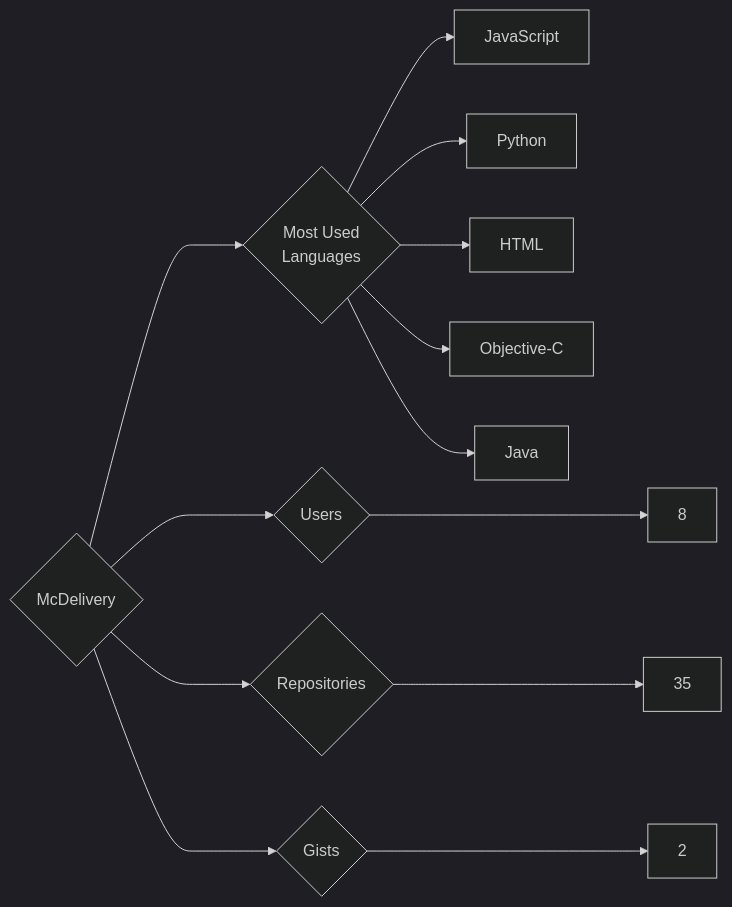
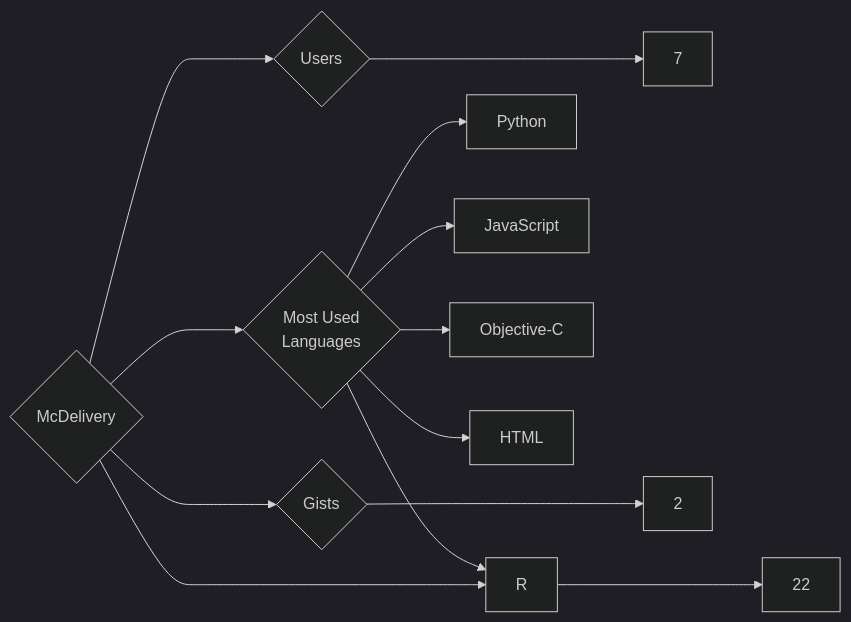
Before and after one commit to trickest/insiders: the diagram in targets/McDelivery/README.md, drawn with Mermaid (dark theme). The commit also changed 1508 other files, not shown here.

````diff
--- a/targets/McDelivery/README.md
+++ b/targets/McDelivery/README.md
@@ -3,13 +3,13 @@
 ```mermaid
 graph LR
 COMPANY_NAME{McDelivery}
-COMPANY_NAME ---> U{Users} ---> UN[8]
-COMPANY_NAME ---> R{Repositories} ---> RN[35]
+COMPANY_NAME ---> U{Users} ---> UN[7]
+COMPANY_NAME ---> R{Repositories} ---> RN[22]
 COMPANY_NAME ---> G{Gists} ---> GN[2]
 COMPANY_NAME ---> ML{Most Used<br>Languages}
+ML --> Python[Python]
+ML --> R[R]
 ML --> JavaScript[JavaScript]
-ML --> Python[Python]
+ML --> Objective-C[Objective-C]
 ML --> HTML[HTML]
-ML --> Objective-C[Objective-C]
-ML --> Java[Java]
 ```
````
